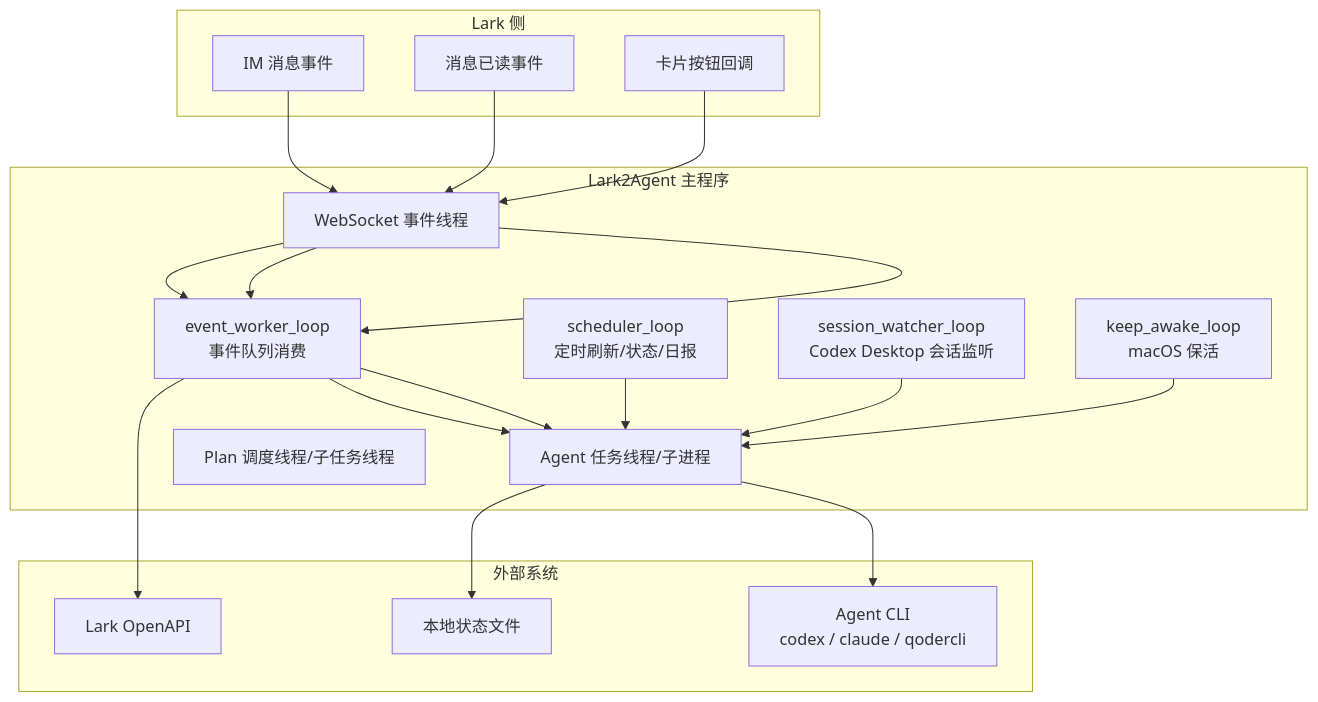
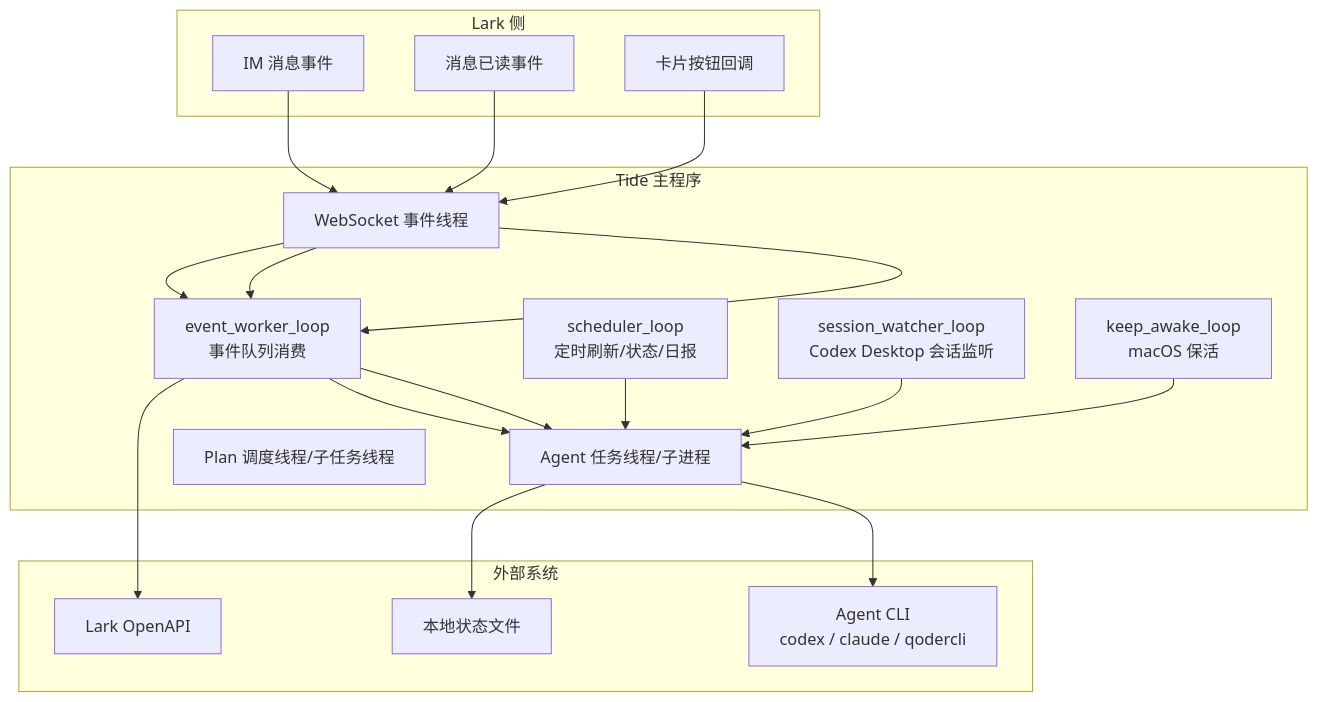
Before and after one commit to winditer/tide: the second of 3 diagrams in .qoder/repowiki/zh/content/部署和运维/部署配置.md, drawn with Mermaid. The commit also changed other lines of this file and 260 other files, not shown here.

````diff
--- a/.qoder/repowiki/zh/content/部署和运维/部署配置.md
+++ b/.qoder/repowiki/zh/content/部署和运维/部署配置.md
@@ -71,31 +71,31 @@
 ```mermaid
 graph TB
 subgraph "Lark 侧"
 L1["IM 消息事件"]
 L2["消息已读事件"]
 L3["卡片按钮回调"]
 end
-subgraph "Lark2Agent 主程序"
+subgraph "Tide 主程序"
 S1["WebSocket 事件线程"]
 S2["event_worker_loop<br/>事件队列消费"]
 S3["scheduler_loop<br/>定时刷新/状态/日报"]
 S4["session_watcher_loop<br/>Codex Desktop 会话监听"]
 S5["keep_awake_loop<br/>macOS 保活"]
 S6["Agent 任务线程/子进程"]
 S7["Plan 调度线程/子任务线程"]
 end
 subgraph "外部系统"
 A1["Agent CLI<br/>codex / claude / qodercli"]
 A2["Lark OpenAPI"]
 A3["本地状态文件"]
 end
 L1 --> S1 --> S2 --> S6
 L2 --> S1 --> S2
 L3 --> S1 --> S2 --> S6
 S3 --> S6
 S4 --> S6
 S5 --> S6
 S6 --> A1
 S2 --> A2
 S6 --> A3
 ```
````
